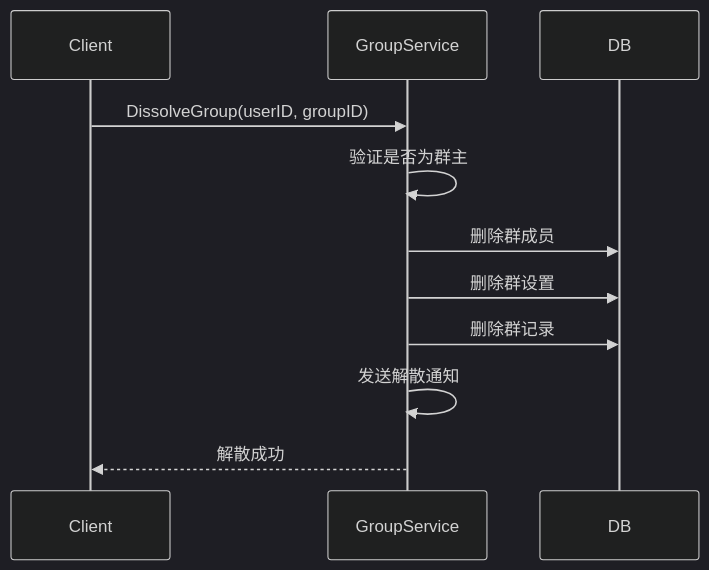
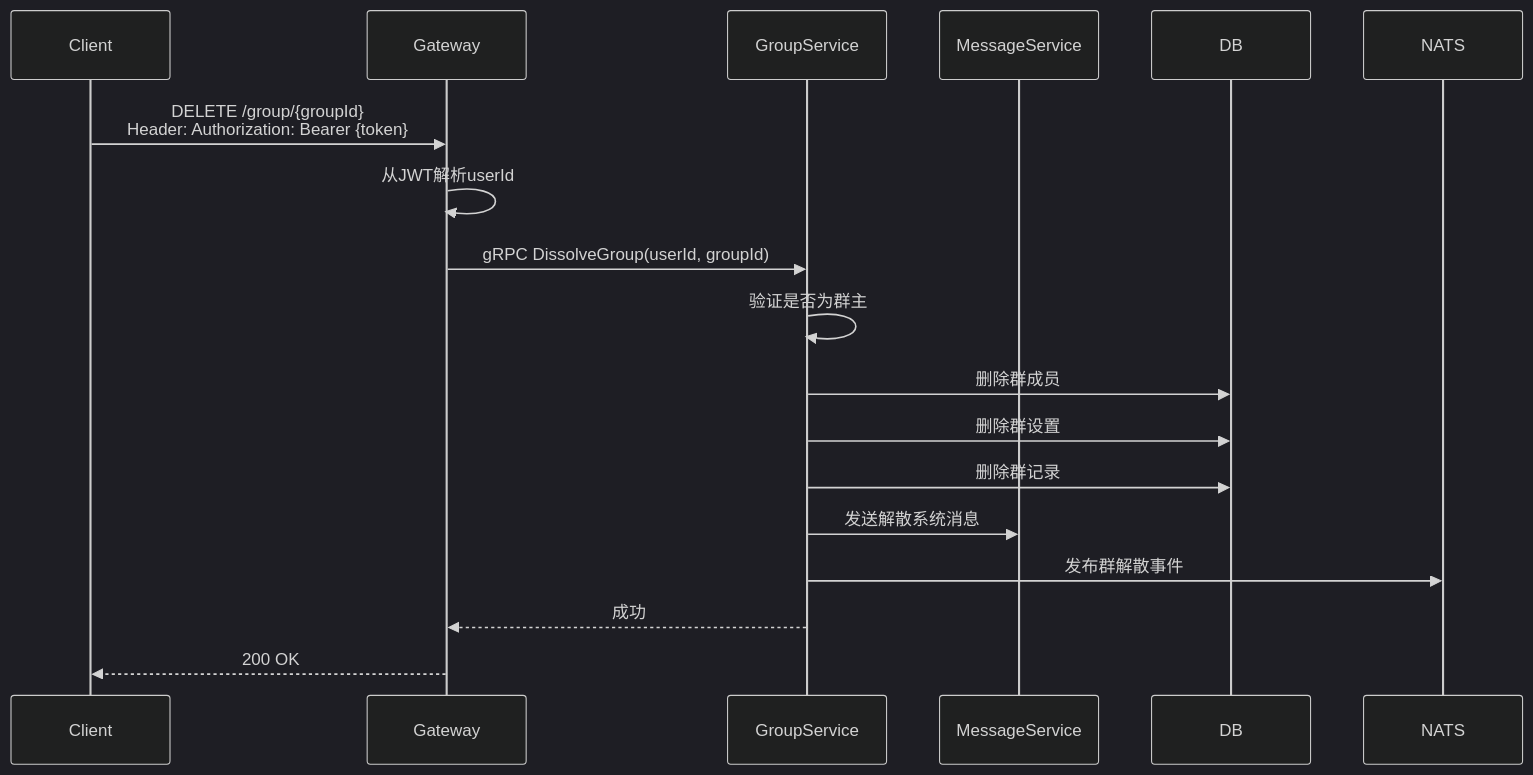
Before and after one commit to yzhgit/anychat-server: the second of 4 diagrams in docs/design/group/group.md, drawn with Mermaid (dark theme). The commit also changed other lines of this file and 30 other files, not shown here.

First line of the commit message:
docs: 更新设计文档时序图，添加Gateway和NATS参与者

````diff
--- a/docs/design/group/group.md
+++ b/docs/design/group/group.md
@@ -79,14 +87,21 @@
 ```mermaid
 sequenceDiagram
     participant Client
+    participant Gateway
     participant GroupService
+    participant MessageService
     participant DB
+    participant NATS
 
-    Client->>GroupService: DissolveGroup(userID, groupID)
+    Client->>Gateway: DELETE /group/{groupId}<br/>Header: Authorization: Bearer {token}
+    Gateway->>Gateway: 从JWT解析userId
+    Gateway->>GroupService: gRPC DissolveGroup(userId, groupId)
     GroupService->>GroupService: 验证是否为群主
     GroupService->>DB: 删除群成员
     GroupService->>DB: 删除群设置
     GroupService->>DB: 删除群记录
-    GroupService->>GroupService: 发送解散通知
-    GroupService-->>Client: 解散成功
+    GroupService->>MessageService: 发送解散系统消息
+    GroupService->>NATS: 发布群解散事件
+    GroupService-->>Gateway: 成功
+    Gateway-->>Client: 200 OK
 ```
````
